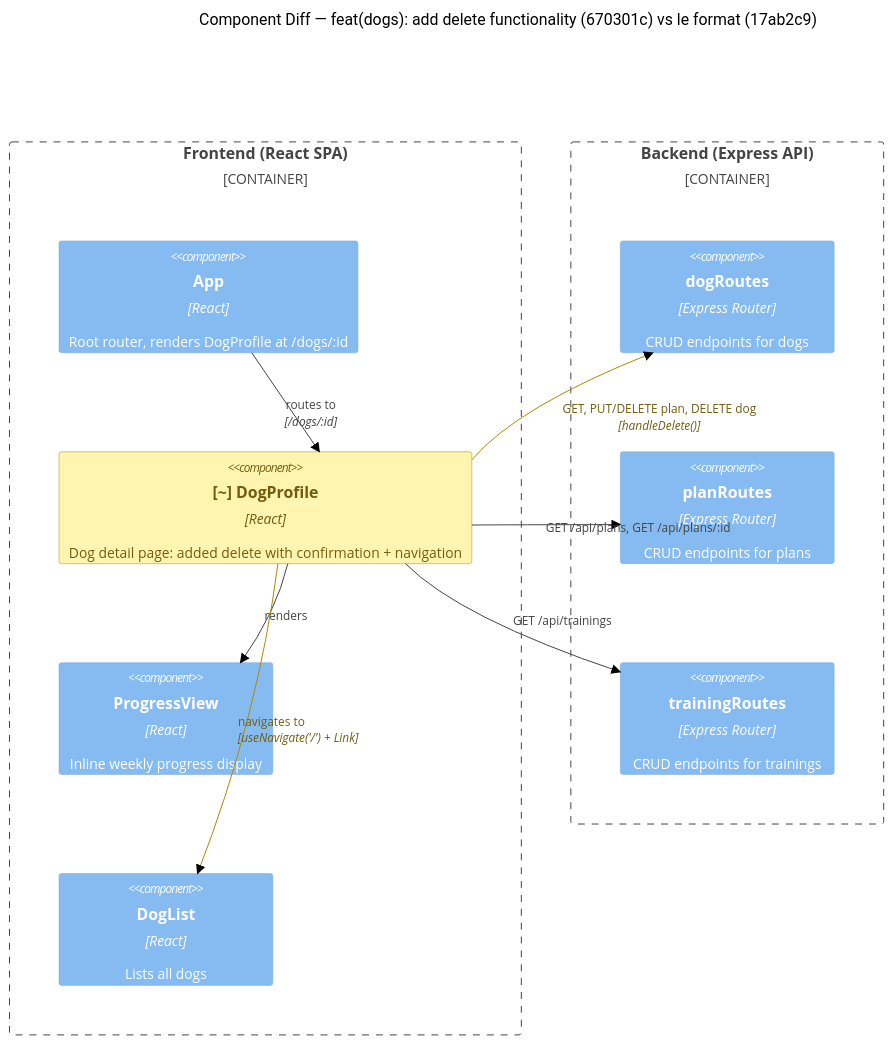
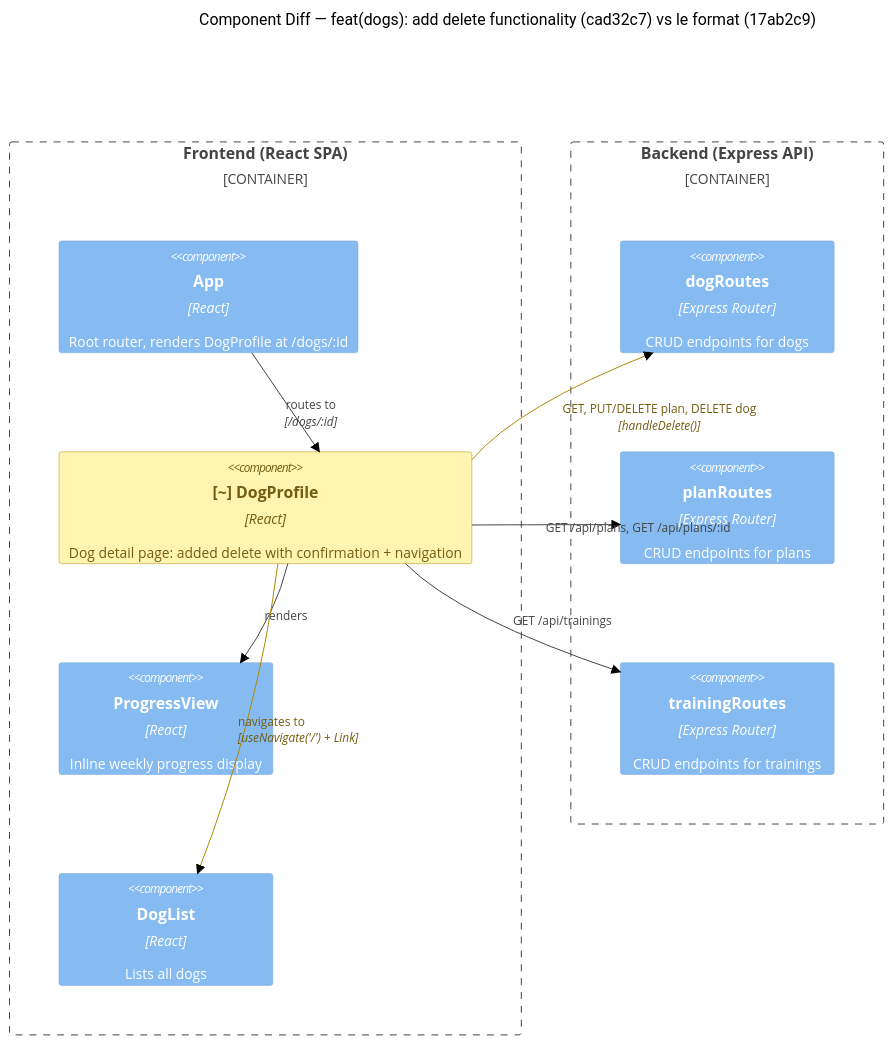
Before and after one commit to jovaneyck/software-factory-demo: the diagram in artifacts/diff.component.md, drawn with Mermaid (neutral theme). The commit also changed other lines of this file and 1 other file, not shown here.

Commit message:
docs: regenerate C4 architecture diff for final branch state

````diff
--- a/artifacts/diff.component.md
+++ b/artifacts/diff.component.md
@@ -6,29 +6,29 @@
 ```mermaid
 C4Component
-  title Component Diff — feat(dogs): add delete functionality (670301c) vs le format (17ab2c9)
+  title Component Diff — feat(dogs): add delete functionality (cad32c7) vs le format (17ab2c9)
 
   Container_Boundary(frontend, "Frontend (React SPA)") {
     Component(app, "App", "React", "Root router, renders DogProfile at /dogs/:id")
     Component(dogProfile, "[~] DogProfile", "React", "Dog detail page: added delete with confirmation + navigation")
     Component(progressView, "ProgressView", "React", "Inline weekly progress display")
     Component(dogList, "DogList", "React", "Lists all dogs")
   }
 
   Container_Boundary(backend, "Backend (Express API)") {
     Component(dogRoutes, "dogRoutes", "Express Router", "CRUD endpoints for dogs")
     Component(planRoutes, "planRoutes", "Express Router", "CRUD endpoints for plans")
     Component(trainingRoutes, "trainingRoutes", "Express Router", "CRUD endpoints for trainings")
   }
 
   Rel(app, dogProfile, "routes to", "/dogs/:id")
   Rel(dogProfile, progressView, "renders")
   Rel(dogProfile, dogRoutes, "GET, PUT/DELETE plan, DELETE dog", "handleDelete()")
   Rel(dogProfile, planRoutes, "GET /api/plans, GET /api/plans/:id")
   Rel(dogProfile, trainingRoutes, "GET /api/trainings")
   Rel(dogProfile, dogList, "navigates to", "useNavigate('/') + Link")
 
   %% changed (amber)
   UpdateElementStyle(dogProfile, $bgColor="#fff5b1", $borderColor="#b08800", $fontColor="#735c0f")
   UpdateRelStyle(dogProfile, dogRoutes, $lineColor="#b08800", $textColor="#735c0f")
   UpdateRelStyle(dogProfile, dogList, $lineColor="#b08800", $textColor="#735c0f")
 ```
````
